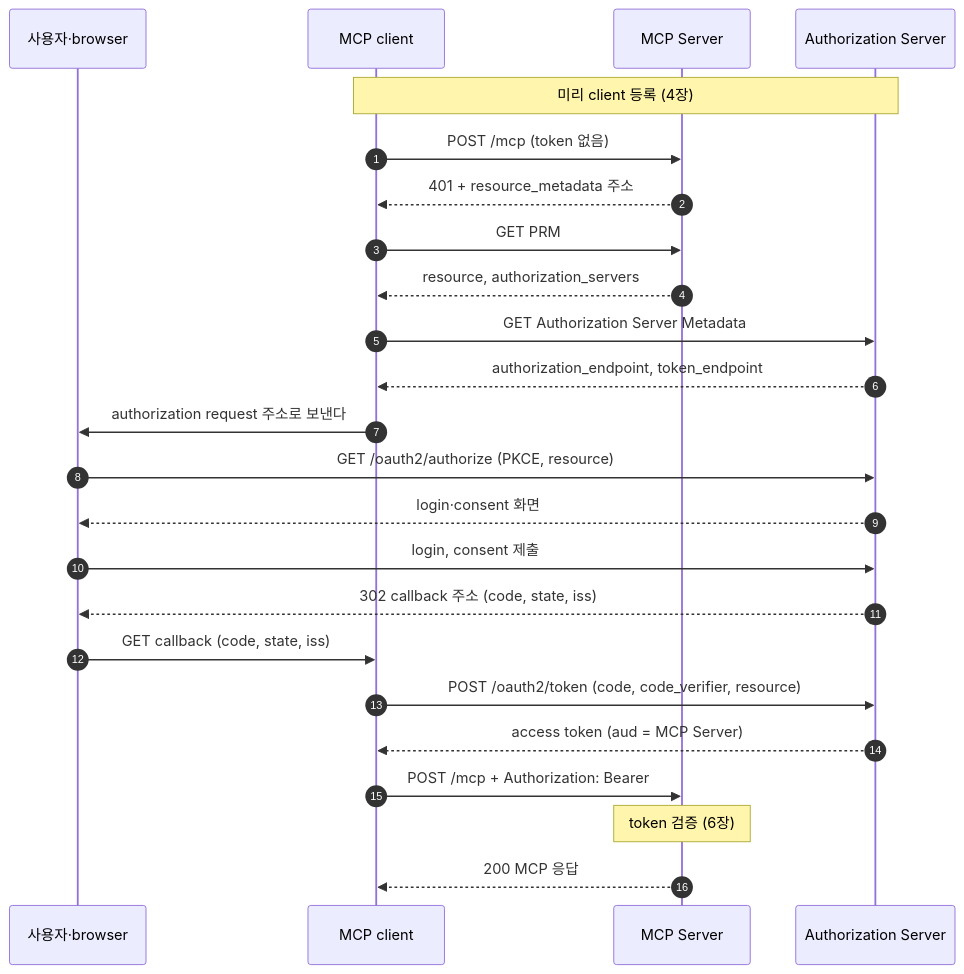
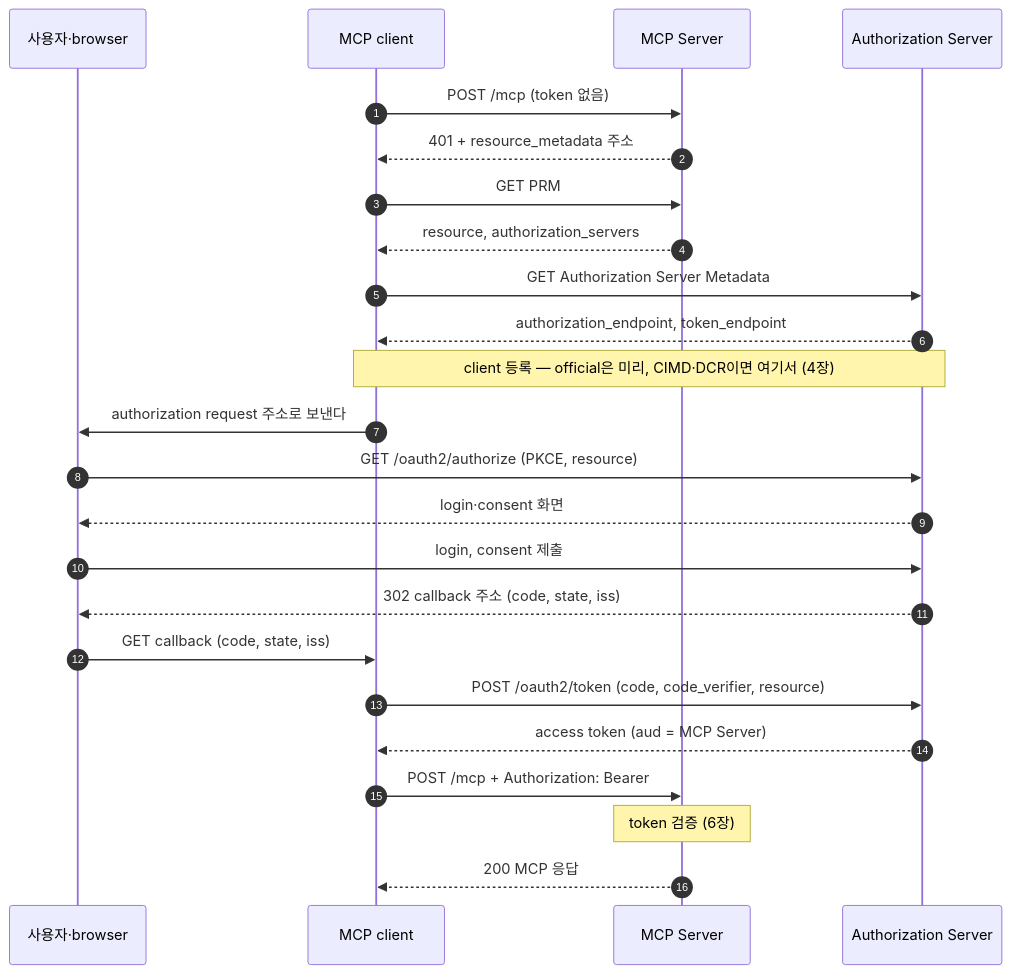
One commit to starryeye/spring-ai changed the second of 2 diagrams in practice/mcp-guide/02-why-oauth.md. Above: the diagram before and after it, drawn with Mermaid. The commit also changed other lines of this file and 2 other files, not shown here.

Commit message:
docs(guide): 2장 — client 등록을 metadata 뒤로, 1장 반복과 7장 몫 덜기

````diff
--- a/practice/mcp-guide/02-why-oauth.md
+++ b/practice/mcp-guide/02-why-oauth.md
@@ -183,26 +148,26 @@
 ```mermaid
 sequenceDiagram
     autonumber
     participant B as 사용자·browser
     participant C as MCP client
     participant M as MCP Server
     participant A as Authorization Server
-    Note over C,A: 미리 client 등록 (4장)
     C->>M: POST /mcp (token 없음)
     M-->>C: 401 + resource_metadata 주소
     C->>M: GET PRM
     M-->>C: resource, authorization_servers
     C->>A: GET Authorization Server Metadata
     A-->>C: authorization_endpoint, token_endpoint
+    Note over C,A: client 등록 — official은 미리, CIMD·DCR이면 여기서 (4장)
     C->>B: authorization request 주소로 보낸다
     B->>A: GET /oauth2/authorize (PKCE, resource)
     A-->>B: login·consent 화면
     B->>A: login, consent 제출
     A-->>B: 302 callback 주소 (code, state, iss)
     B->>C: GET callback (code, state, iss)
     C->>A: POST /oauth2/token (code, code_verifier, resource)
     A-->>C: access token (aud = MCP Server)
     C->>M: POST /mcp + Authorization: Bearer
     Note over M: token 검증 (6장)
     M-->>C: 200 MCP 응답
 ```
````
